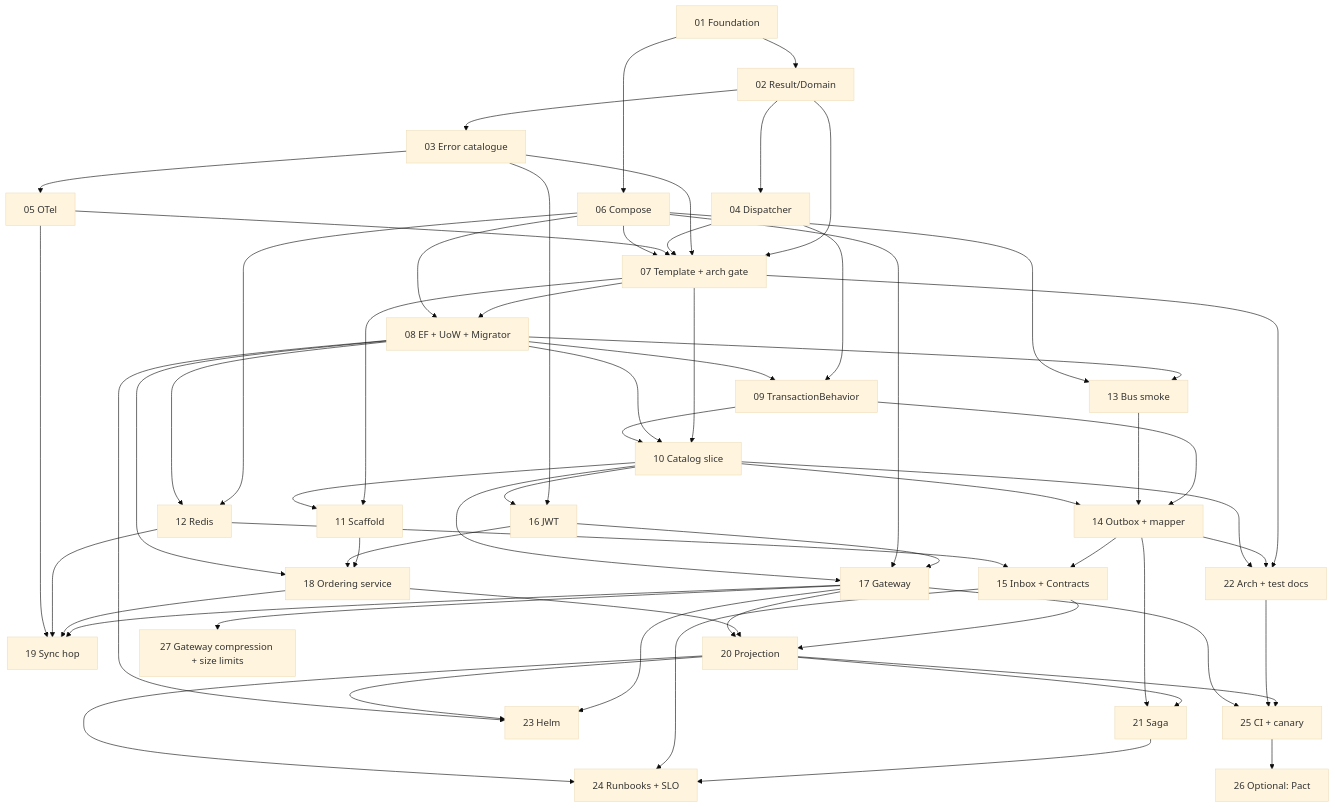
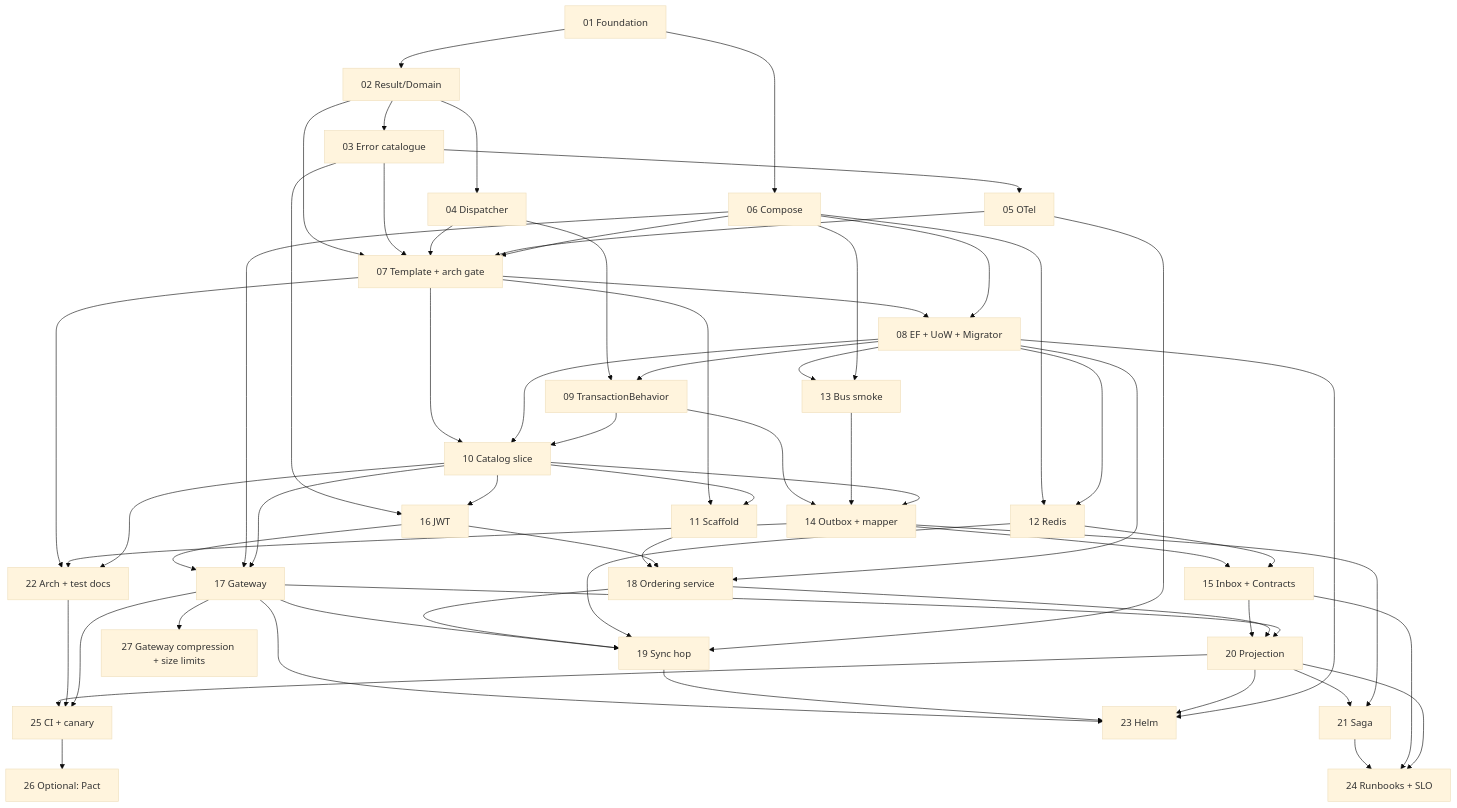
The diagram in docs/backend-architecture/appendix-c-delivery-plan.md (alexander-shamray/dotnet-ddd-blueprint), drawn with Mermaid (base theme) before and after one commit. The commit also changed other lines of this file and 1 other file, not shown here.

````diff
--- a/docs/backend-architecture/appendix-c-delivery-plan.md
+++ b/docs/backend-architecture/appendix-c-delivery-plan.md
@@ -109,62 +109,63 @@
 ```mermaid
 flowchart TD
     P01[01 Foundation] --> P02[02 Result/Domain]
     P01 --> P06[06 Compose]
     P02 --> P03[03 Error catalogue]
     P02 --> P04[04 Dispatcher]
     P03 --> P05[05 OTel]
     P02 --> P07[07 Template + arch gate]
     P03 --> P07
     P04 --> P07
     P05 --> P07
     P06 --> P07
     P07 --> P08[08 EF + UoW + Migrator]
     P06 --> P08
     P04 --> P09[09 TransactionBehavior]
     P08 --> P09
     P07 --> P10[10 Catalog slice]
     P08 --> P10
     P09 --> P10
     P07 --> P11[11 Scaffold]
     P10 --> P11
     P06 --> P12[12 Redis]
     P08 --> P12
     P08 --> P13[13 Bus smoke]
     P06 --> P13
     P09 --> P14[14 Outbox + mapper]
     P13 --> P14
     P10 --> P14
     P14 --> P15[15 Inbox + Contracts]
     P12 --> P15
     P03 --> P16[16 JWT]
     P10 --> P16
     P16 --> P17[17 Gateway]
     P06 --> P17
     P10 --> P17
     P11 --> P18[18 Ordering service]
     P16 --> P18
     P08 --> P18
     P17 --> P19[19 Sync hop]
     P18 --> P19
     P12 --> P19
     P05 --> P19
     P15 --> P20[20 Projection]
     P18 --> P20
     P17 --> P20
     P20 --> P21[21 Saga]
     P14 --> P21
     P07 --> P22[22 Arch + test docs]
     P14 --> P22
     P10 --> P22
     P17 --> P23[23 Helm]
+    P19 --> P23
     P20 --> P23
     P08 --> P23
     P21 --> P24[24 Runbooks + SLO]
     P15 --> P24
     P20 --> P24
     P20 --> P25[25 CI + canary]
     P22 --> P25
     P17 --> P25
     P17 --> P27[27 Gateway compression + size limits]
     P25 --> P26[26 Optional: Pact]
 ```
````
